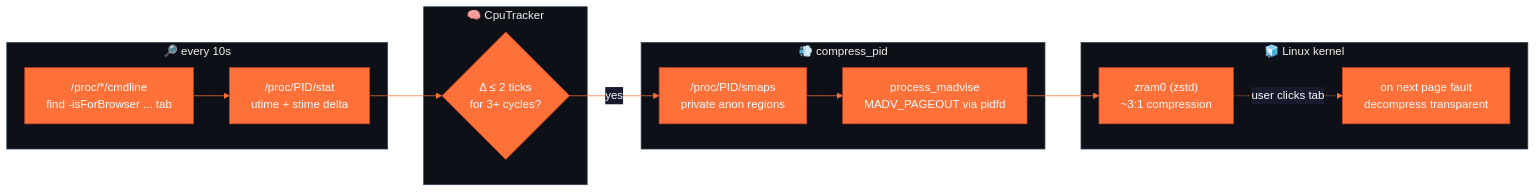
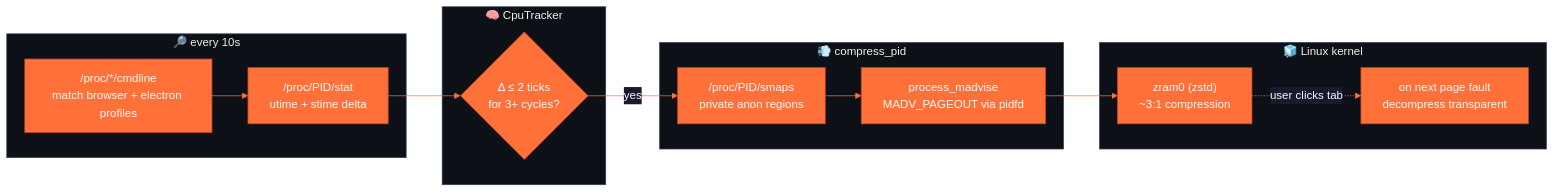
The diagram in README.md (Rodericuss/bssl-ram), drawn with Mermaid before and after one commit. The commit also changed other lines of this file, not shown here.

First line of the commit message:
:memo: docs(README): expand to multi-browser + electron support

````diff
--- a/README.md
+++ b/README.md
@@ -69,37 +71,37 @@
 ```mermaid
 %%{init: {'theme': 'base', 'themeVariables': {
   'primaryColor': '#ff7139',
   'primaryTextColor': '#f8fafc',
   'primaryBorderColor': '#ce422b',
   'lineColor': '#ff7139',
   'secondaryColor': '#1a1a2e',
   'tertiaryColor': '#0d1117',
   'clusterBkg': '#0d1117',
   'clusterBorder': '#334155',
   'textColor': '#f8fafc',
   'fontFamily': 'ui-monospace, monospace'
 }}}%%
 flowchart LR
     subgraph Scan["🔎 every 10s"]
-        PROC["/proc/*/cmdline<br/>find -isForBrowser ... tab"]
+        PROC["/proc/*/cmdline<br/>match browser + electron profiles"]
         STAT["/proc/PID/stat<br/>utime + stime delta"]
     end
 
     subgraph Decide["🧠 CpuTracker"]
         IDLE{"Δ ≤ 2 ticks<br/>for 3+ cycles?"}
     end
 
     subgraph Act["💨 compress_pid"]
         SMAPS["/proc/PID/smaps<br/>private anon regions"]
         PAGEOUT["process_madvise<br/>MADV_PAGEOUT via pidfd"]
     end
 
     subgraph Kernel["🧊 Linux kernel"]
         ZRAM["zram0 (zstd)<br/>~3:1 compression"]
         FAULT["on next page fault<br/>decompress transparent"]
     end
 
     PROC --> STAT --> IDLE
     IDLE -- yes --> SMAPS --> PAGEOUT --> ZRAM
     ZRAM -. user clicks tab .-> FAULT
 ```
````
